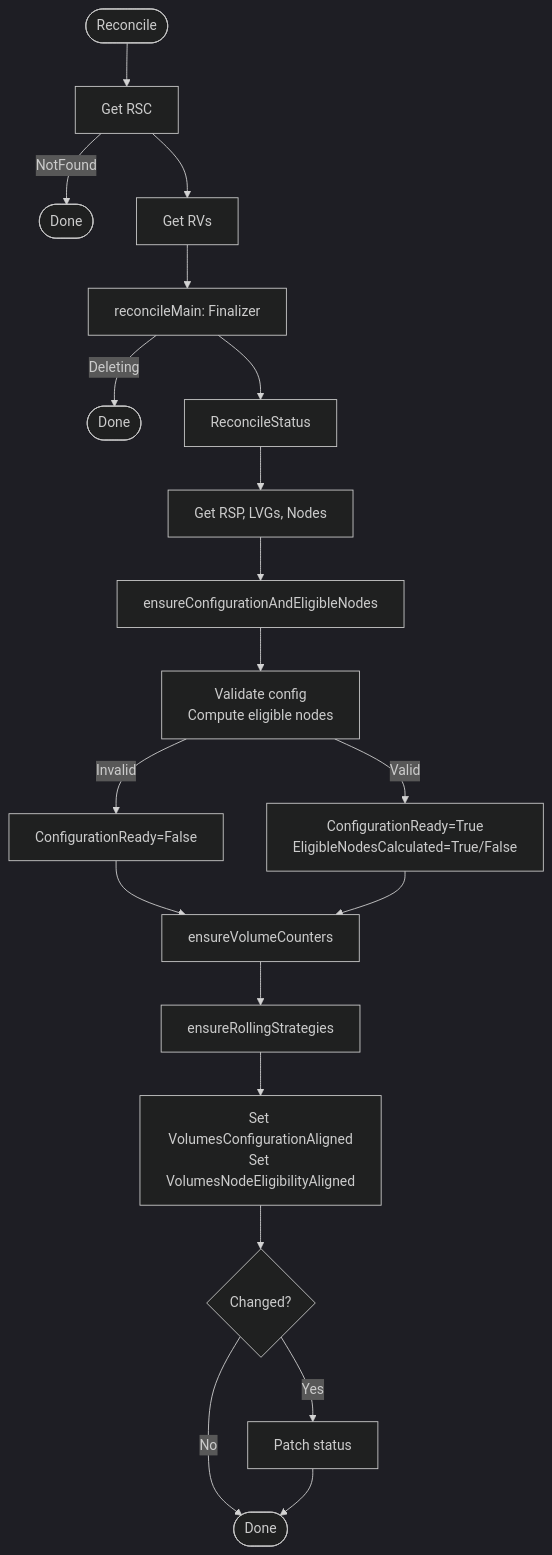
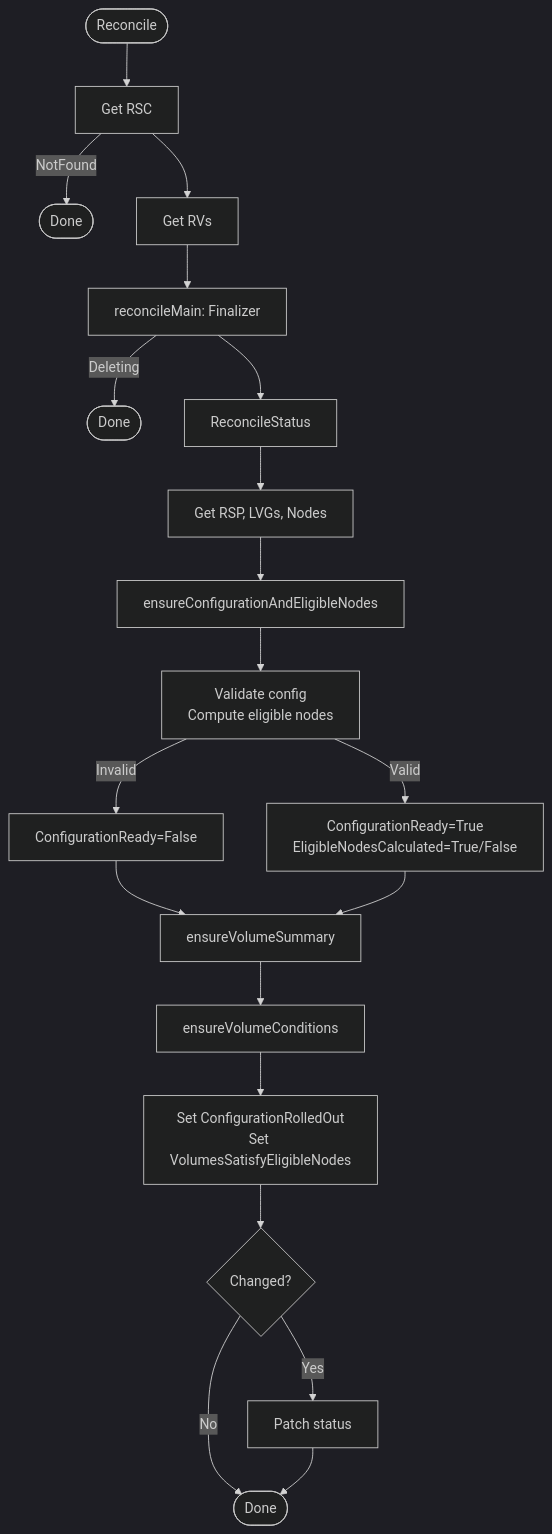
Before and after one commit to deckhouse/sds-replicated-volume: the first of 2 diagrams in images/controller/internal/controllers/rsc_controller/README.md, drawn with Mermaid (dark theme). The commit also changed other lines of this file and 16 other files, not shown here.

````diff
--- a/images/controller/internal/controllers/rsc_controller/README.md
+++ b/images/controller/internal/controllers/rsc_controller/README.md
@@ -28,29 +28,29 @@
 ```mermaid
 flowchart TD
     Start([Reconcile]) --> GetRSC[Get RSC]
     GetRSC -->|NotFound| Done1([Done])
     GetRSC --> GetRVs[Get RVs]
 
     GetRVs --> ReconcileMain[reconcileMain: Finalizer]
     ReconcileMain -->|Deleting| Done2([Done])
     ReconcileMain --> ReconcileStatus
 
     ReconcileStatus --> GetDeps[Get RSP, LVGs, Nodes]
     GetDeps --> EnsureConfig[ensureConfigurationAndEligibleNodes]
 
     EnsureConfig --> ValidateAndCompute[Validate config<br>Compute eligible nodes]
     ValidateAndCompute -->|Invalid| SetConfigFailed[ConfigurationReady=False]
     ValidateAndCompute -->|Valid| SetConfigOk[ConfigurationReady=True<br>EligibleNodesCalculated=True/False]
 
     SetConfigFailed --> EnsureCounters
     SetConfigOk --> EnsureCounters
 
-    EnsureCounters[ensureVolumeCounters] --> EnsureRolling[ensureRollingStrategies]
+    EnsureCounters[ensureVolumeSummary] --> EnsureVolConds[ensureVolumeConditions]
 
-    EnsureRolling --> SetAlignmentConds[Set VolumesConfigurationAligned<br>Set VolumesNodeEligibilityAligned]
+    EnsureVolConds --> SetAlignmentConds[Set ConfigurationRolledOut<br>Set VolumesSatisfyEligibleNodes]
 
     SetAlignmentConds --> Changed{Changed?}
     Changed -->|Yes| PatchStatus[Patch status]
     Changed -->|No| EndNode([Done])
     PatchStatus --> EndNode
 ```
````
